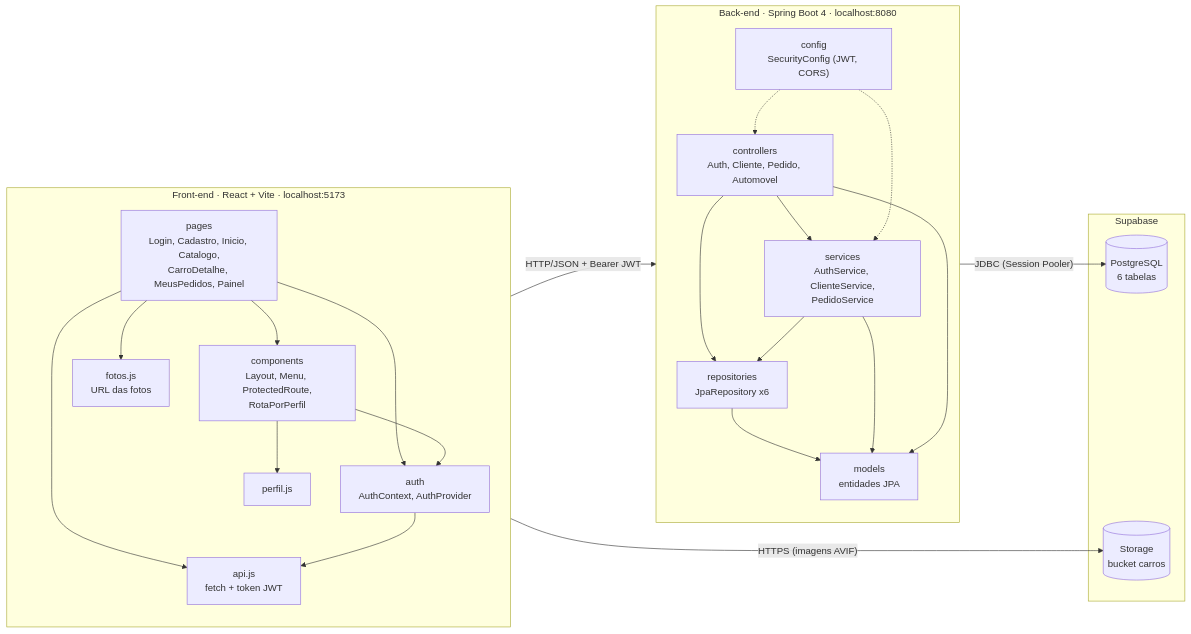
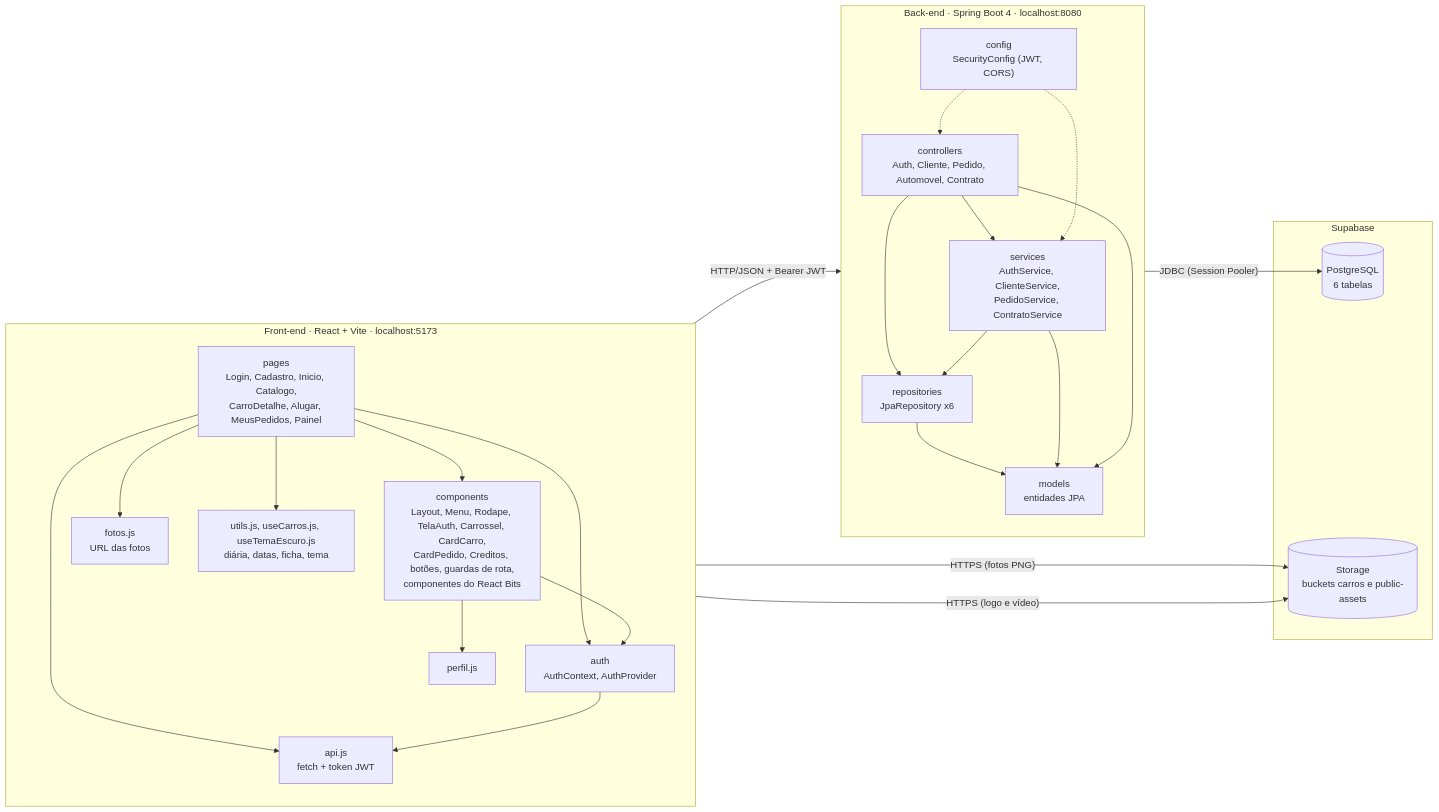
One commit to Cesarlac/getaway-car-rentals changed the first of 3 diagrams in docs/04-diagrama-de-pacotes.md. Above: the diagram before and after it, drawn with Mermaid. The commit also changed other lines of this file and 15 other files, not shown here.

First line of the commit message:
docs: README no template da disciplina, UML atualizada e capturas de tela

````diff
--- a/docs/04-diagrama-de-pacotes.md
+++ b/docs/04-diagrama-de-pacotes.md
@@ -7,47 +7,50 @@
 ```mermaid
 flowchart LR
     subgraph FE["Front-end · React + Vite · localhost:5173"]
         direction TB
-        pages["pages<br/>Login, Cadastro, Inicio, Catalogo,<br/>CarroDetalhe, MeusPedidos, Painel"]
-        components["components<br/>Layout, Menu, ProtectedRoute,<br/>RotaPorPerfil"]
+        pages["pages<br/>Login, Cadastro, Inicio, Catalogo,<br/>CarroDetalhe, Alugar, MeusPedidos, Painel"]
+        components["components<br/>Layout, Menu, Rodape, TelaAuth, Carrossel, CardCarro,<br/>CardPedido, Creditos, botões, guardas de rota,<br/>componentes do React Bits"]
         authfe["auth<br/>AuthContext, AuthProvider"]
         apijs["api.js<br/>fetch + token JWT"]
         fotosjs["fotos.js<br/>URL das fotos"]
+        utilsjs["utils.js, useCarros.js, useTemaEscuro.js<br/>diária, datas, ficha, tema"]
         perfiljs["perfil.js"]
 
         pages --> components
         pages --> authfe
         pages --> apijs
         pages --> fotosjs
+        pages --> utilsjs
         components --> authfe
         components --> perfiljs
         authfe --> apijs
     end
 
     subgraph BE["Back-end · Spring Boot 4 · localhost:8080"]
         direction TB
-        controllers["controllers<br/>Auth, Cliente, Pedido, Automovel"]
-        services["services<br/>AuthService, ClienteService,<br/>PedidoService"]
+        controllers["controllers<br/>Auth, Cliente, Pedido, Automovel, Contrato"]
+        services["services<br/>AuthService, ClienteService,<br/>PedidoService, ContratoService"]
         repositories["repositories<br/>JpaRepository x6"]
         models["models<br/>entidades JPA"]
         config["config<br/>SecurityConfig (JWT, CORS)"]
 
         controllers --> services
         controllers --> repositories
         services --> repositories
         repositories --> models
         services --> models
         controllers --> models
         config -.-> controllers
         config -.-> services
     end
 
     subgraph SB["Supabase"]
         db[("PostgreSQL<br/>6 tabelas")]
-        storage[("Storage<br/>bucket carros")]
+        storage[("Storage<br/>buckets carros e public-assets")]
     end
 
     apijs -- "HTTP/JSON + Bearer JWT" --> controllers
     repositories -- "JDBC (Session Pooler)" --> db
-    fotosjs -- "HTTPS (imagens AVIF)" --> storage
+    fotosjs -- "HTTPS (fotos PNG)" --> storage
+    components -- "HTTPS (logo e vídeo)" --> storage
 ```
````
